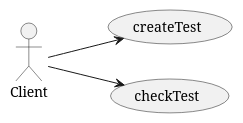
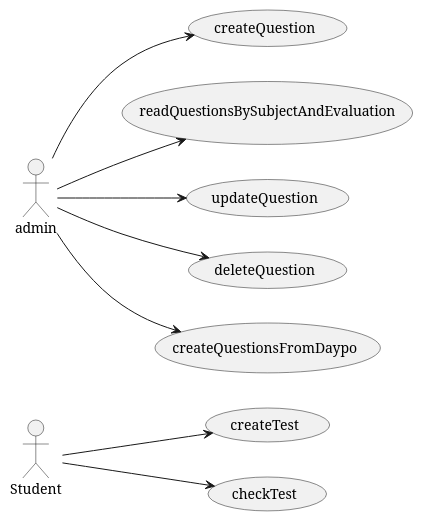
One commit to gutifer666/quiz-harvest-server changed the diagram in src/main/resources/uml/use_case/use_cases.puml. Above: the diagram before and after it, drawn with PlantUML. The commit also changed 18 other files, not shown here.

```diff
--- a/src/main/resources/uml/use_case/use_cases.puml
+++ b/src/main/resources/uml/use_case/use_cases.puml
@@ -1,9 +1,16 @@
 @startuml
 left to right direction
 
-actor Client
+actor Student
+actor admin
 
-Client --> (createTest)
-Client --> (checkTest)
+Student --> (createTest)
+Student --> (checkTest)
+
+admin --> (createQuestion)
+admin --> (readQuestionsBySubjectAndEvaluation)
+admin --> (updateQuestion)
+admin --> (deleteQuestion)
+admin --> (createQuestionsFromDaypo)
 
 @enduml
```
